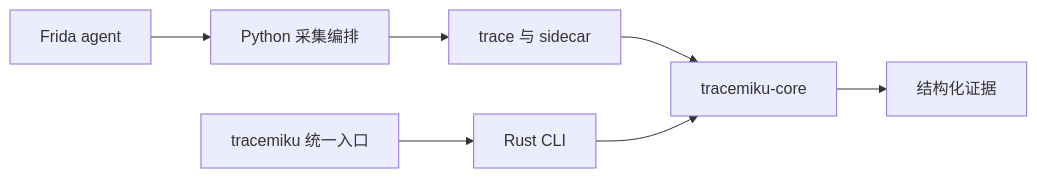
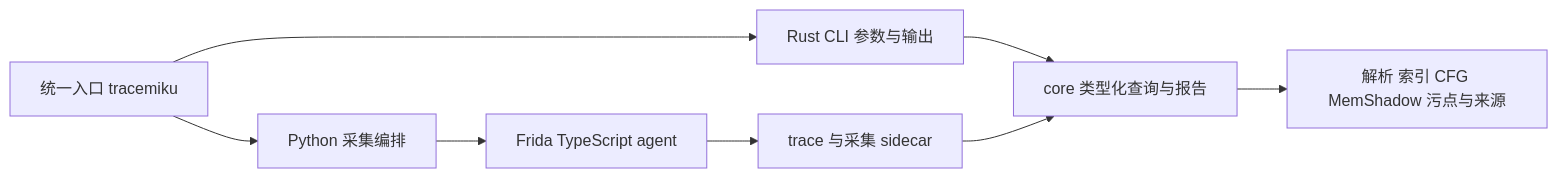
One commit to ltlly/MikuTrace changed the diagram in docs/CLI_FIRST_DESIGN.md. Above: the diagram before and after it, drawn with Mermaid. The commit also changed other lines of this file and 372 other files, not shown here.

````diff
--- a/docs/CLI_FIRST_DESIGN.md
+++ b/docs/CLI_FIRST_DESIGN.md
@@ -146,9 +22,10 @@
 ```mermaid
 flowchart LR
-    A[Frida agent] --> H[Python 采集编排]
-    H --> T[trace 与 sidecar]
-    T --> C[tracemiku-core]
-    U[tracemiku 统一入口] --> L[Rust CLI]
-    L --> C
-    C --> J[结构化证据]
+    U[统一入口 tracemiku] --> H[Python 采集编排]
+    H --> A[Frida TypeScript agent]
+    A --> T[trace 与采集 sidecar]
+    U --> L[Rust CLI 参数与输出]
+    L --> Q[core 类型化查询与报告]
+    T --> Q
+    Q --> C[解析 索引 CFG MemShadow 污点与来源]
 ```
````
